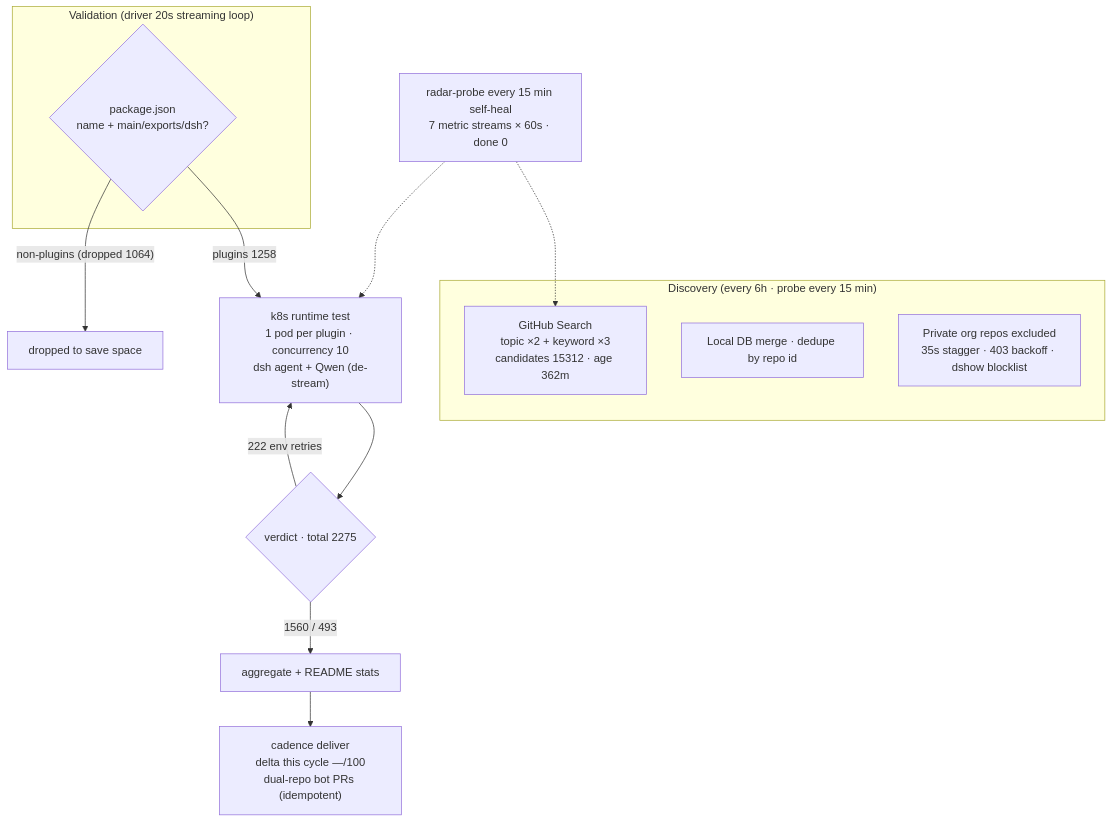
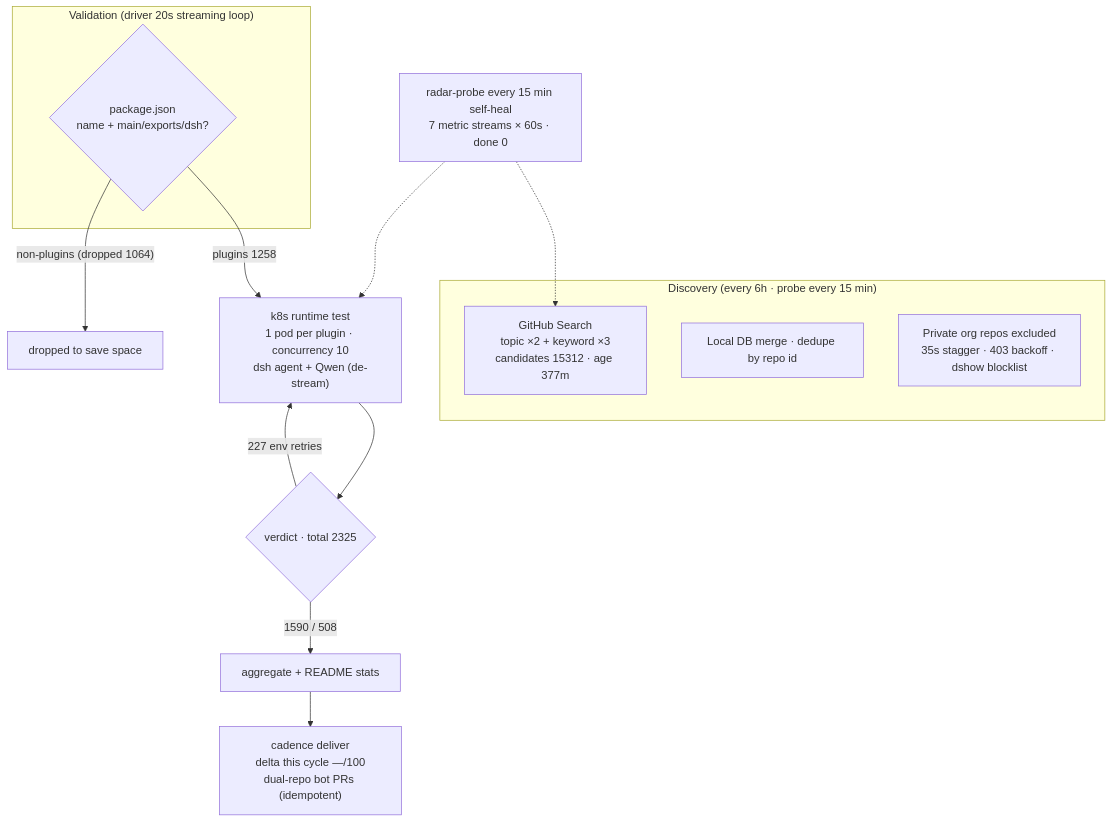
One commit to AdamPlatin123/awesome-dsh-plugins changed the diagram in README.en-US.md. Above: the diagram before and after it, drawn with Mermaid. The commit also changed other lines of this file and 5 other files, not shown here.

````diff
--- a/README.en-US.md
+++ b/README.en-US.md
@@ -30,20 +30,20 @@
 ```mermaid
 flowchart TB
     subgraph Discovery["Discovery (every 6h · probe every 15 min)"]
-        A1["GitHub Search<br/>topic ×2 + keyword ×3<br/>candidates 15312 · age 362m"]
+        A1["GitHub Search<br/>topic ×2 + keyword ×3<br/>candidates 15312 · age 377m"]
         A2["Local DB merge · dedupe by repo id"]
         A3["Private org repos excluded<br/>35s stagger · 403 backoff · dshow blocklist"]
     end
     subgraph Validation["Validation (driver 20s streaming loop)"]
         B1{"package.json<br/>name + main/exports/dsh?"}
     end
     B1 -->|"plugins 1258"| C1["k8s runtime test<br/>1 pod per plugin · concurrency 10<br/>dsh agent + Qwen (de-stream)"]
     B1 -->|"non-plugins (dropped 1064)"| B3["dropped to save space"]
-    C1 --> D1{"verdict · total 2275"}
-    D1 -->|"1560 / 493"| E1["aggregate + README stats"]
-    D1 -->|"222 env retries"| C1
+    C1 --> D1{"verdict · total 2325"}
+    D1 -->|"1590 / 508"| E1["aggregate + README stats"]
+    D1 -->|"227 env retries"| C1
     E1 --> E2["cadence deliver<br/>delta this cycle —/100<br/>dual-repo bot PRs (idempotent)"]
     M["radar-probe every 15 min self-heal<br/>7 metric streams × 60s · done 0"]
     M -.-> A1
     M -.-> C1
 ```
````
